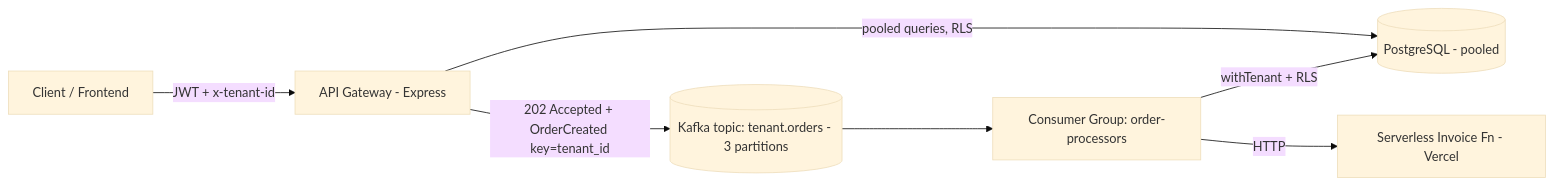
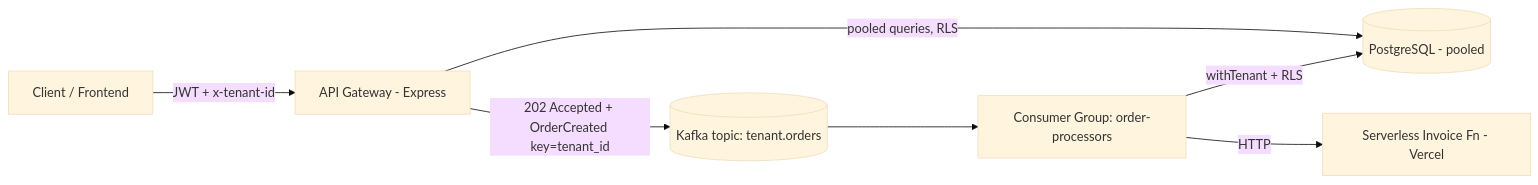
One commit to nimramumtaz/saas-kafka changed the diagram in README.md. Above: the diagram before and after it, drawn with Mermaid (base theme). The commit also changed other lines of this file, not shown here.

````diff
--- a/README.md
+++ b/README.md
@@ -6,9 +13,9 @@
 ```mermaid
 flowchart LR
   C[Client / Frontend] -->|JWT + x-tenant-id| A[API Gateway - Express]
-  A -->|202 Accepted + OrderCreated key=tenant_id| K[(Kafka topic: tenant.orders - 3 partitions)]
+  A -->|202 Accepted + OrderCreated key=tenant_id| K[(Kafka topic: tenant.orders)]
   K --> G[Consumer Group: order-processors]
   G -->|withTenant + RLS| D[(PostgreSQL - pooled)]
   G -->|HTTP| S[Serverless Invoice Fn - Vercel]
   A -->|pooled queries, RLS| D
 ```
````
